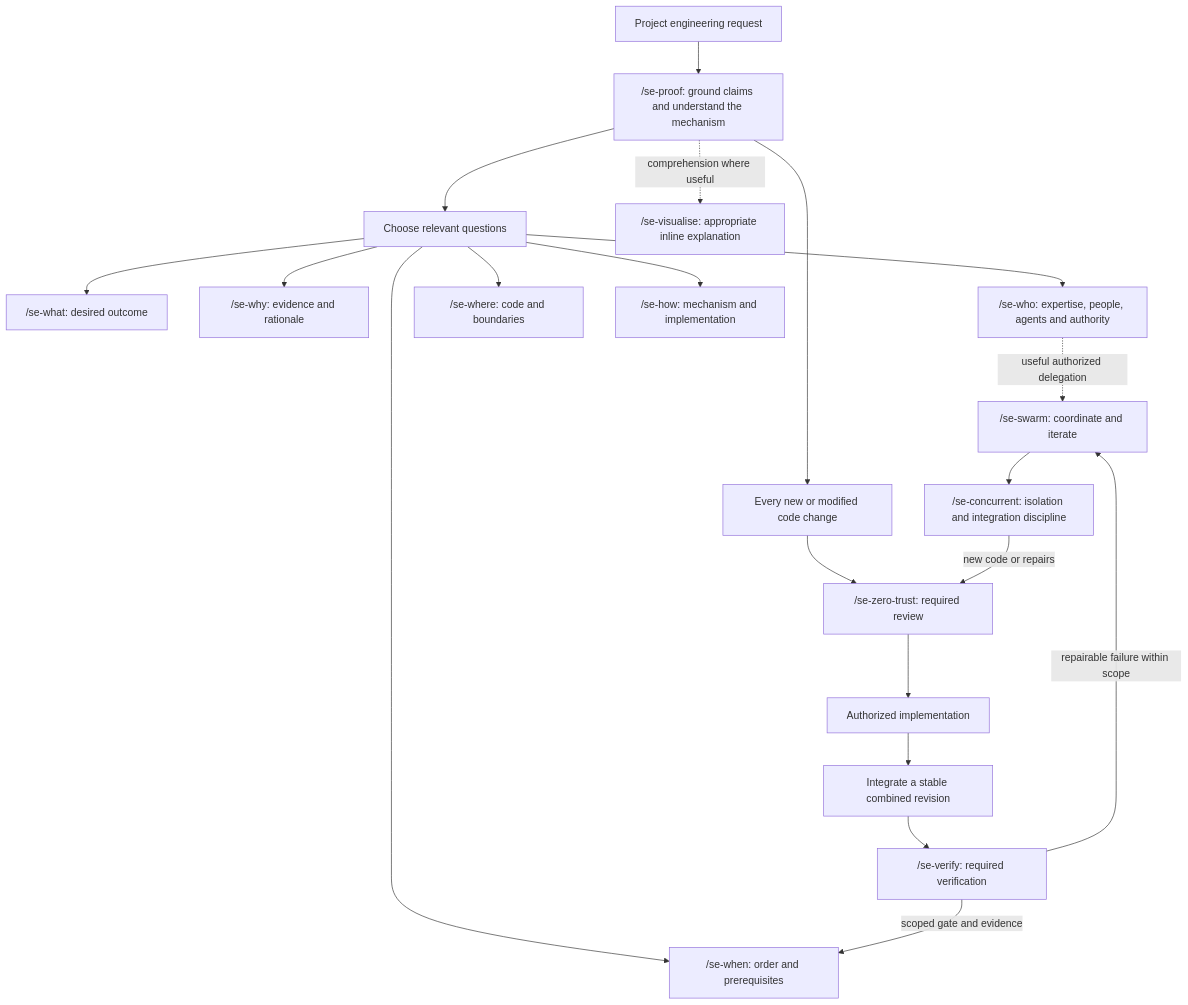
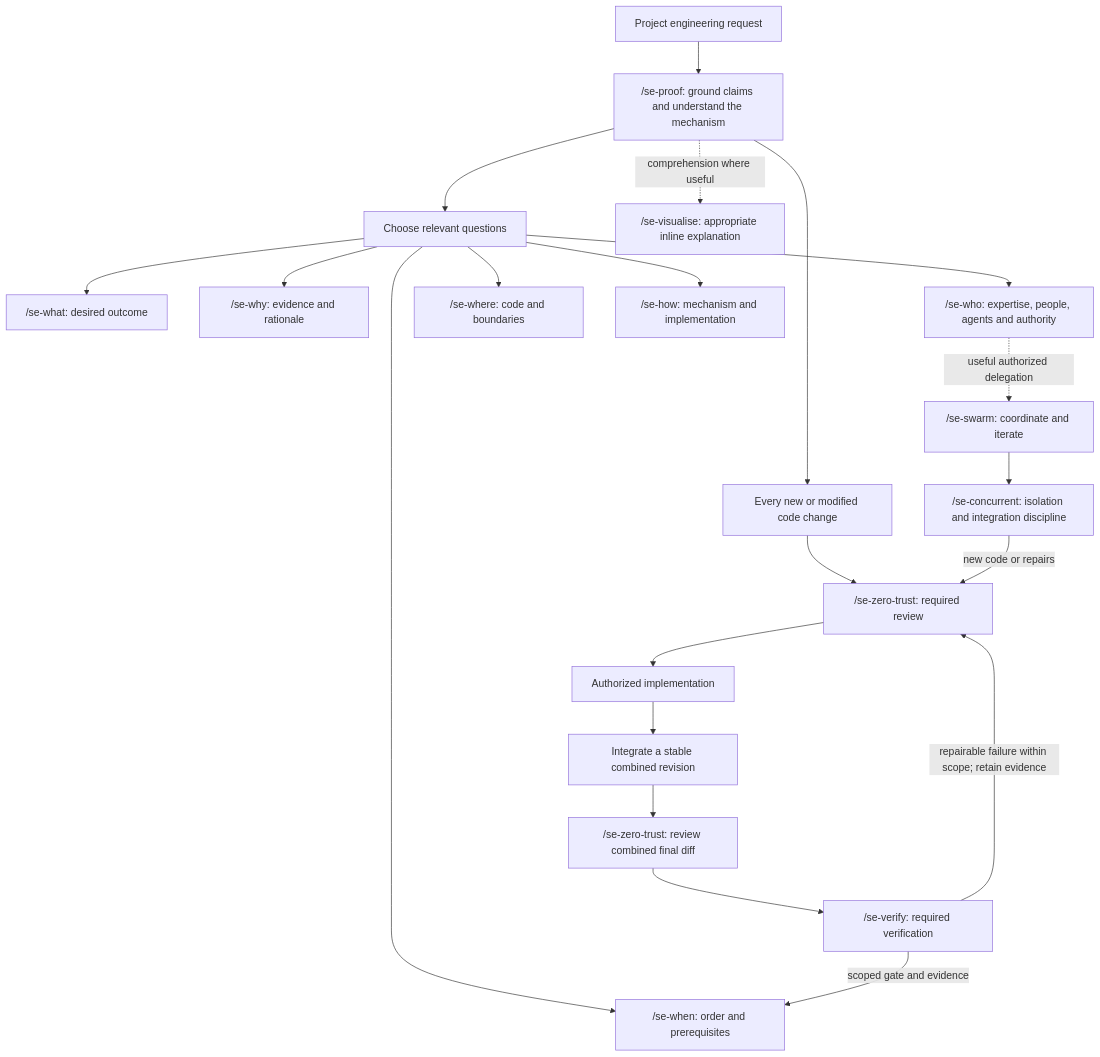
Before and after one commit to leonardwongly/se: the diagram in README.md, drawn with Mermaid. The commit also changed other lines of this file and 23 other files, not shown here.

````diff
--- a/README.md
+++ b/README.md
@@ -82,22 +107,23 @@
 ```mermaid
 flowchart TD
     R[Project engineering request] --> G["/se-proof: ground claims and understand the mechanism"]
     G --> Q[Choose relevant questions]
     Q --> WHAT["/se-what: desired outcome"]
     Q --> WHY["/se-why: evidence and rationale"]
     Q --> WHO["/se-who: expertise, people, agents and authority"]
     Q --> WHERE["/se-where: code and boundaries"]
     Q --> HOW["/se-how: mechanism and implementation"]
     Q --> WHEN["/se-when: order and prerequisites"]
     G --> C[Every new or modified code change]
     C --> Z["/se-zero-trust: required review"]
     Z --> E[Authorized implementation]
     WHO -. useful authorized delegation .-> S["/se-swarm: coordinate and iterate"]
     S --> P["/se-concurrent: isolation and integration discipline"]
     P -->|new code or repairs| Z
     E --> I[Integrate a stable combined revision]
-    I --> V["/se-verify: required verification"]
+    I --> F["/se-zero-trust: review combined final diff"]
+    F --> V["/se-verify: required verification"]
     V -->|scoped gate and evidence| WHEN
-    V -->|repairable failure within scope| S
+    V -->|repairable failure within scope; retain evidence| Z
     G -. comprehension where useful .-> VIS["/se-visualise: appropriate inline explanation"]
 ```
````
